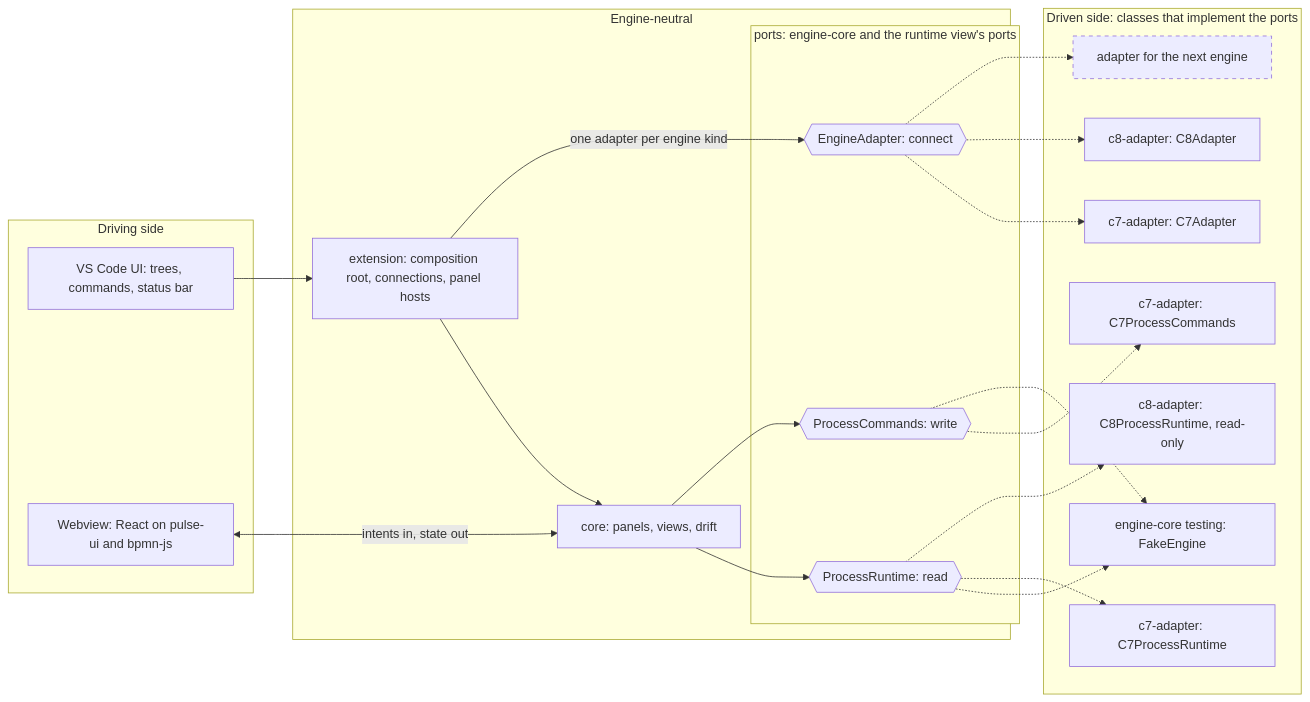
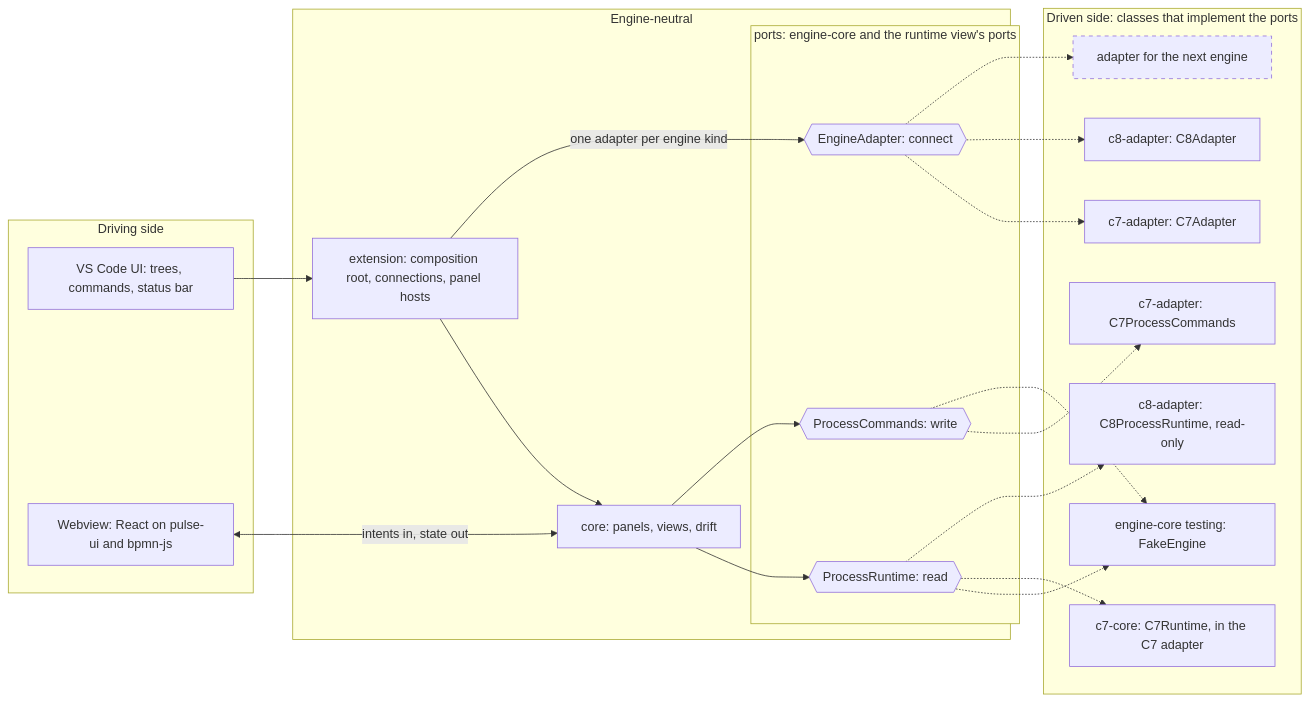
One commit to Miragon/pulse changed the second of 7 diagrams in apps/vscode/docs/architecture-overview.md. Above: the diagram before and after it, drawn with Mermaid. The commit also changed other lines of this file and 39 other files, not shown here.

````diff
--- a/apps/vscode/docs/architecture-overview.md
+++ b/apps/vscode/docs/architecture-overview.md
@@ -84,37 +84,37 @@
 ```mermaid
 flowchart LR
   subgraph driving [Driving side]
     ui[VS Code UI: trees, commands, status bar]
     webview[Webview: React on pulse-ui and bpmn-js]
   end
   subgraph neutral [Engine-neutral]
     extension[extension: composition root, connections, panel hosts]
     core[core: panels, views, drift]
     subgraph ports [ports: engine-core and the runtime view's ports]
       adapterPort{{EngineAdapter: connect}}
       runtime{{ProcessRuntime: read}}
       commands{{ProcessCommands: write}}
     end
   end
   subgraph driven [Driven side: classes that implement the ports]
     next["adapter for the next engine"]
     c7Adapter[c7-adapter: C7Adapter]
     c7Commands[c7-adapter: C7ProcessCommands]
     fake[engine-core testing: FakeEngine]
-    c7Runtime[c7-adapter: C7ProcessRuntime]
+    c7Runtime[c7-core: C7Runtime, in the C7 adapter]
     c8Adapter[c8-adapter: C8Adapter]
     c8Runtime[c8-adapter: C8ProcessRuntime, read-only]
   end
 
   ui --> extension
   webview <-- intents in, state out --> core
   extension --> core
   extension -- one adapter per engine kind --> adapterPort
   core --> runtime
   core --> commands
   adapterPort -.-> c7Adapter & c8Adapter & next
   commands -.-> c7Commands & fake
   runtime -.-> fake & c7Runtime & c8Runtime
   classDef planned stroke-dasharray: 5 5
   class next planned
 ```
````
